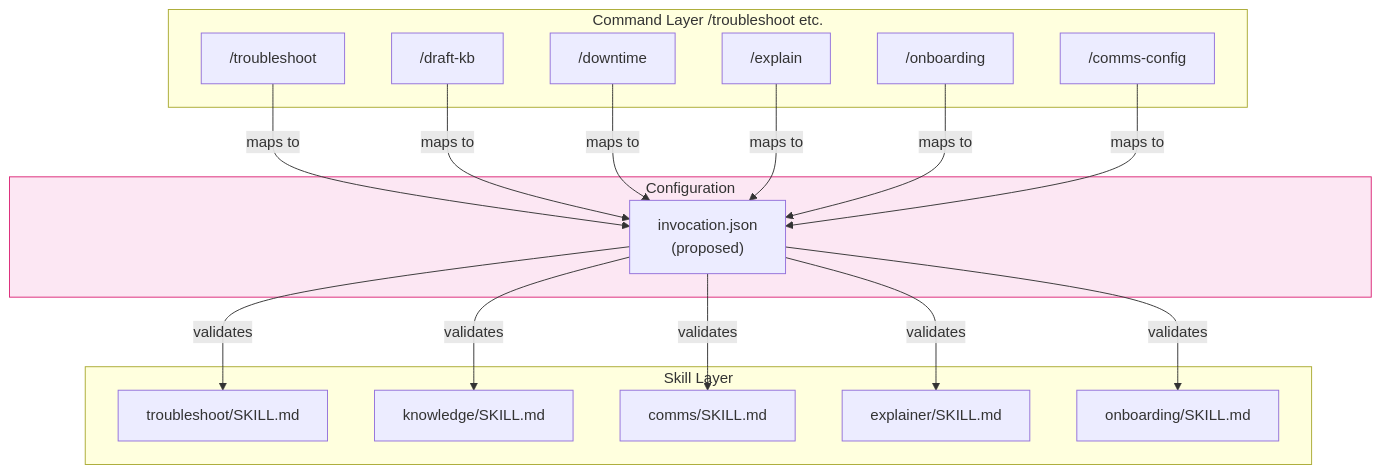
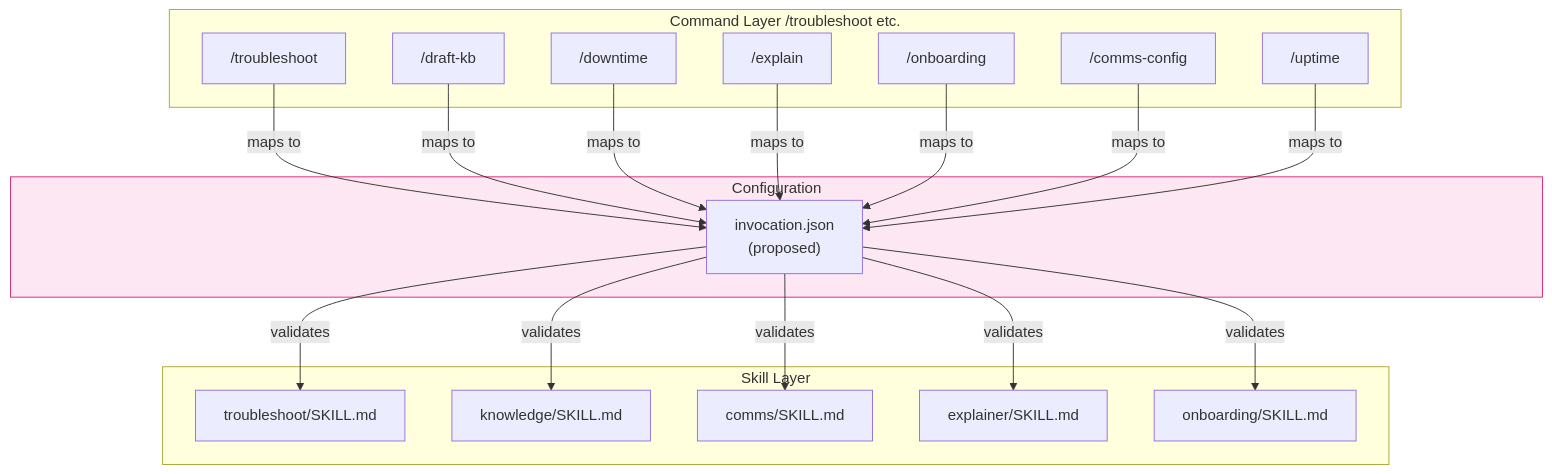
Before and after one commit to b08x/ris-assist: the third of 3 diagrams in docs/CODEBASE-MAP.md, drawn with Mermaid. The commit also changed 1 other file, not shown here.

Commit message:
docs: log /uptime backlog entry and command-skill-mapping node
- docs/BACKLOG.md: add E6.14 for /uptime under existing E6.x comms
  numbering (shipped without a backlog entry during the rename)
- docs/CODEBASE-MAP.md: hand-add c7 "/uptime" node (-> inv -> comms
  skill) to the Command-Skill Mapping mermaid diagram; node labels
  elsewhere in the file were already correct from the text rename,
  this was the one missing node

````diff
--- a/docs/CODEBASE-MAP.md
+++ b/docs/CODEBASE-MAP.md
@@ -316,38 +316,40 @@
 ```mermaid
 flowchart TD
     subgraph Commands["Command Layer /troubleshoot etc."]
         c1["/troubleshoot"]
         c2["/draft-kb"]
         c3["/downtime"]
         c4["/explain"]
         c5["/onboarding"]
         c6["/comms-config"]
+        c7["/uptime"]
     end
     
     subgraph Skills["Skill Layer"]
         s1["troubleshoot/SKILL.md"]
         s2["knowledge/SKILL.md"]
         s3["comms/SKILL.md"]
         s4["explainer/SKILL.md"]
         s5["onboarding/SKILL.md"]
     end
     
     subgraph Config["Configuration"]
         inv["invocation.json\n(proposed)"]
     end
     
     c1 -->|maps to| inv
     c2 -->|maps to| inv
     c3 -->|maps to| inv
     c4 -->|maps to| inv
     c5 -->|maps to| inv
     c6 -->|maps to| inv
+    c7 -->|maps to| inv
     
     inv -->|validates| s1
     inv -->|validates| s2
     inv -->|validates| s3
     inv -->|validates| s4
     inv -->|validates| s5
     
     style Config fill:#fce7f3,stroke:#db2777
 ```
````
